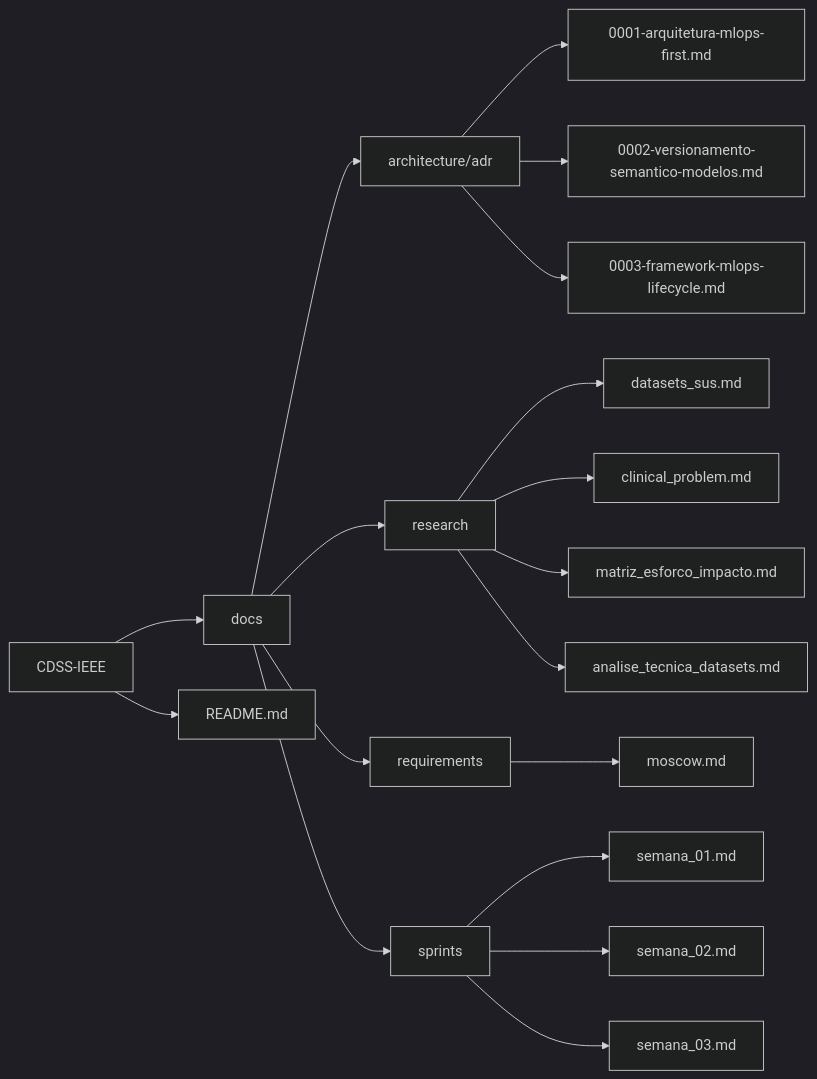
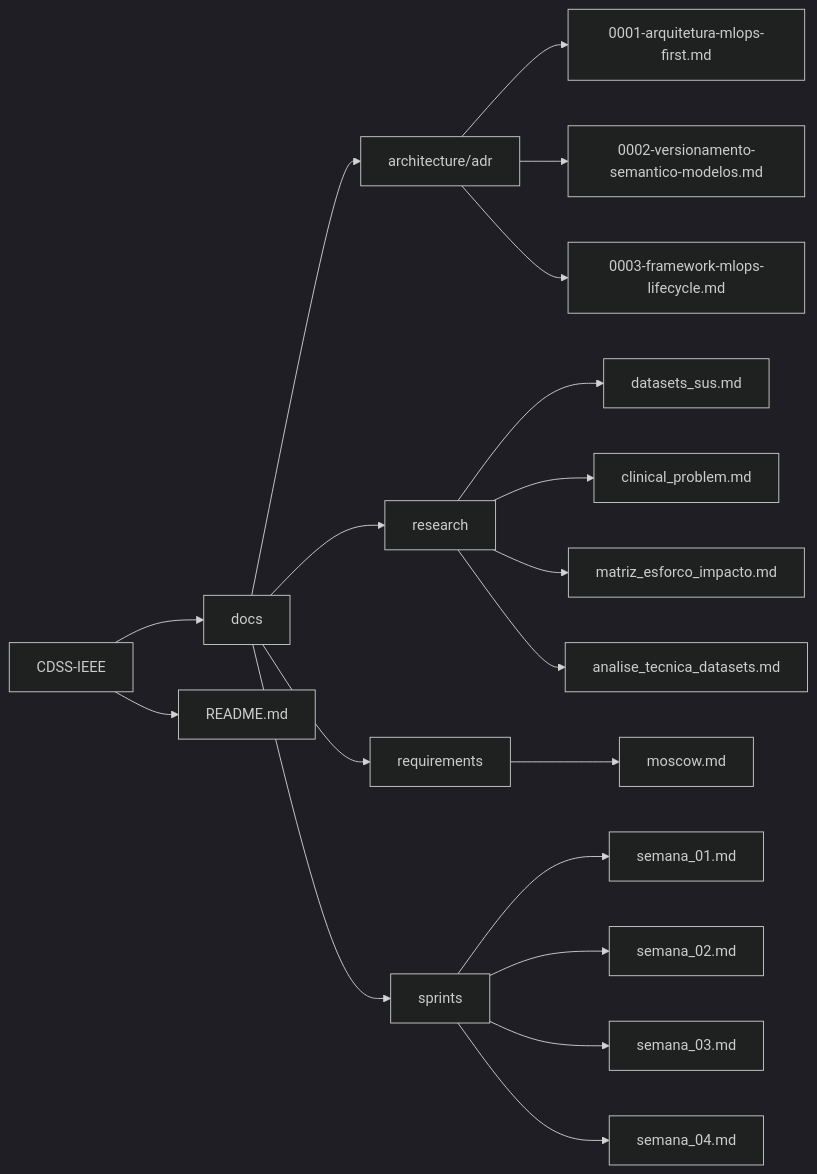
One commit to ArtyMend07/CDSS-IEEE changed the diagram in README.md. Above: the diagram before and after it, drawn with Mermaid (dark theme). The commit also changed 1 other file, not shown here.

Commit message:
docs(sprints): adiciona planejamento e tarefas da sprint 04

````diff
--- a/README.md
+++ b/README.md
@@ -11,24 +11,25 @@
 ```mermaid
 graph LR
     A[CDSS-IEEE] --> B[docs]
     A --> C[README.md]
     B --> D[architecture/adr]
     B --> E[research]
     B --> F[requirements]
     B --> G[sprints]
     
     D --> D1["0001-arquitetura-mlops-first.md"]
     D --> D2["0002-versionamento-semantico-modelos.md"]
     D --> D3["0003-framework-mlops-lifecycle.md"]
     
     E --> E1["datasets_sus.md"]
     E --> E2["clinical_problem.md"]
     E --> E3["matriz_esforco_impacto.md"]
     E --> E4["analise_tecnica_datasets.md"]
     
     F --> F1["moscow.md"]
     
     G --> G1["semana_01.md"]
     G --> G2["semana_02.md"]
     G --> G3["semana_03.md"]
+    G --> G4["semana_04.md"]
 ```
````
